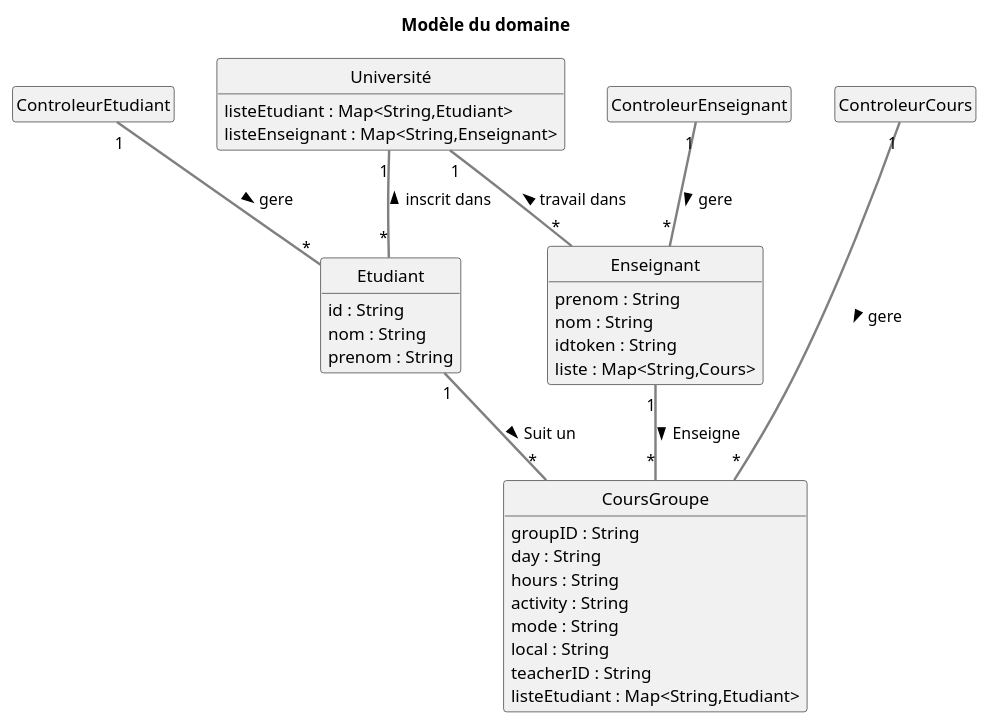
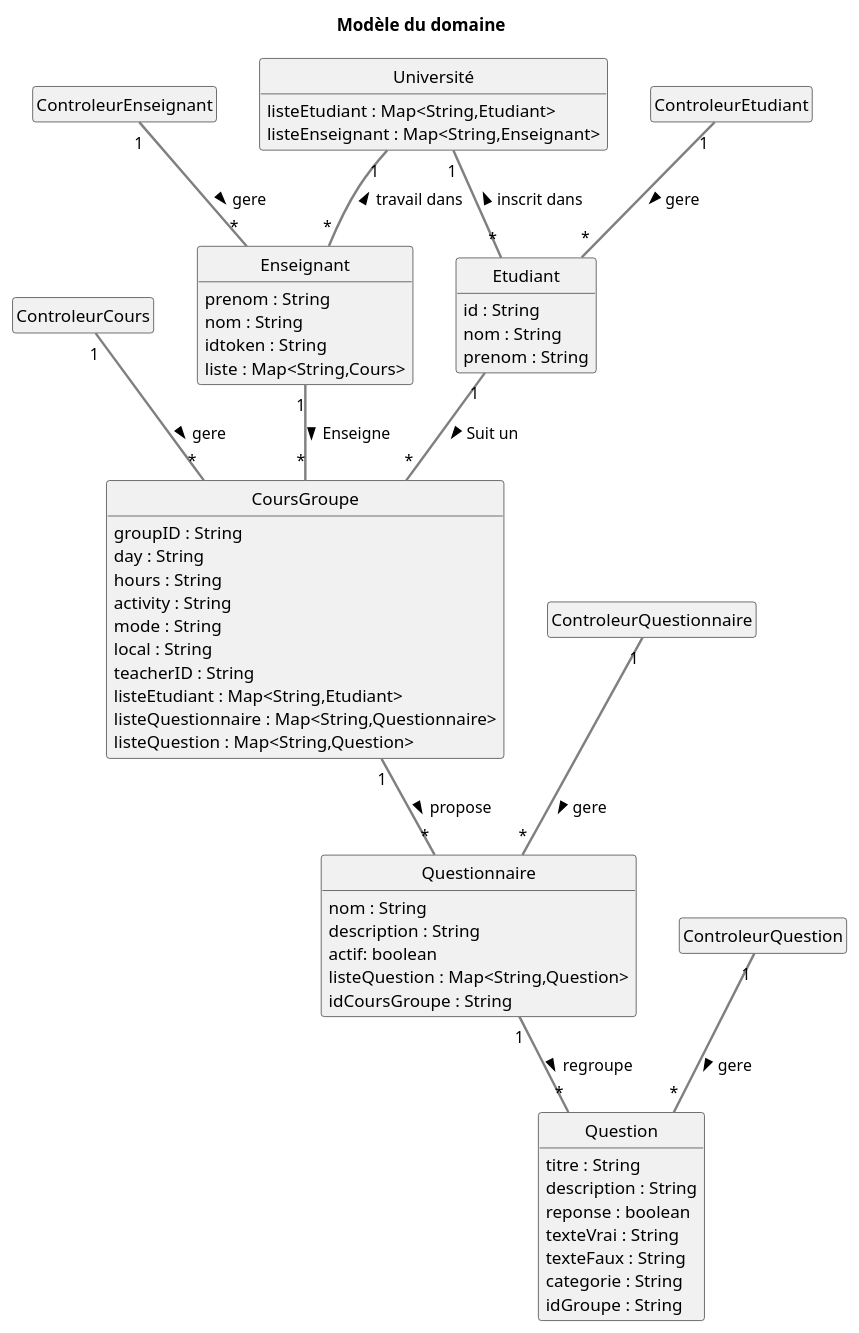
The diagram in docs/modeles/mdd.puml (IshakMegatli1/MoodleCopy), drawn with PlantUML before and after one commit.

Commit message:
MDD pour l'iteration 2

```diff
--- a/docs/modeles/mdd.puml
+++ b/docs/modeles/mdd.puml
@@ -1,70 +1,93 @@
 @startuml MDD
 skinparam style strictuml
 skinparam ArrowThickness 2
 skinparam ArrowColor #gray
 
 hide empty members
 title Modèle du domaine
-
-together {
-
-  class Etudiant {
-    id : String
-    nom : String
-    prenom : String
-  }
-
+      
   class ControleurCours {
 
   }
 
   class ControleurEnseignant {
 
   }
 
   class ControleurEtudiant {
 
   }
 
+  class ControleurQuestion{
+
+  }
+
+  class ControleurQuestionnaire{
+
+  }
+  
+
   class Université {
     listeEtudiant : Map<String,Etudiant>
     listeEnseignant : Map<String,Enseignant>
   }
   class Enseignant {
     prenom : String
     nom : String
     idtoken : String
     liste : Map<String,Cours>
   }
 
-}
-
+  class Etudiant {
+    id : String
+    nom : String
+    prenom : String
+  }
 
   class CoursGroupe {
     groupID : String
     day : String
     hours : String
     activity : String
     mode : String
     local : String
     teacherID : String
     listeEtudiant : Map<String,Etudiant>
+    listeQuestionnaire : Map<String,Questionnaire>
+    listeQuestion : Map<String,Question>
     
   }
 
-  
-  
+  class Question {
+    titre : String
+    description : String
+    reponse : boolean
+    texteVrai : String
+    texteFaux : String
+    categorie : String
+    idGroupe : String
+  }
 
-
-
+  class Questionnaire {
+    nom : String
+    description : String
+    actif: boolean
+    listeQuestion : Map<String,Question>
+    idCoursGroupe : String
+  }
 
 ' associations
 
 Enseignant "1" -- "*" CoursGroupe : Enseigne > 
 Etudiant "1" -- "*" CoursGroupe : Suit un >
 Université "1" -- "*" Etudiant : inscrit dans <
 Université "1" -- "*" Enseignant : travail dans <
+Questionnaire "1" -- "*" Question : regroupe >
+CoursGroupe "1" -- "*" Questionnaire : propose >
+
 ControleurEtudiant "1" -- "*" Etudiant : gere >
 ControleurEnseignant "1" -- "*" Enseignant : gere >
 ControleurCours "1" -- "*" CoursGroupe : gere >
+ControleurQuestion "1" -- "*" Question : gere >
+ControleurQuestionnaire "1" -- "*" Questionnaire : gere >
 @enduml
```
